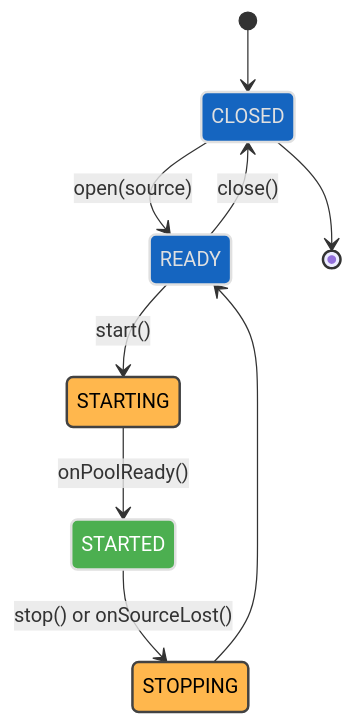
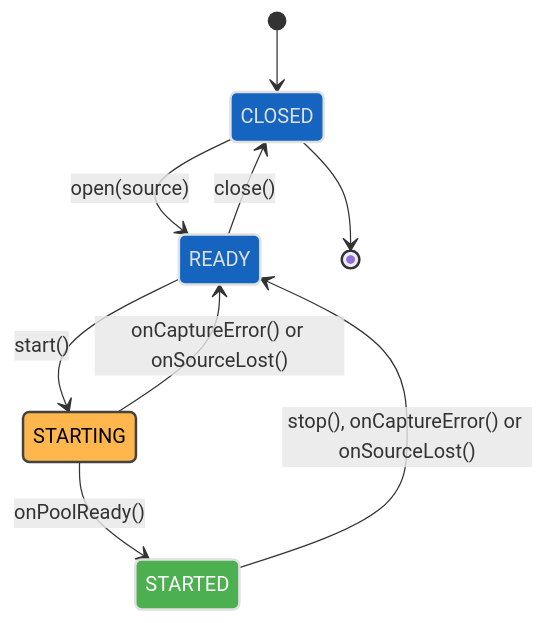
Before and after one commit to rdkcentral/rdk-halif-aidl: the third of 6 diagrams in videocapture/current/docs/videocapture_interface.md, drawn with Mermaid. The commit also changed other lines of this file and 15 other files, not shown here.

````diff
--- a/videocapture/current/docs/videocapture_interface.md
+++ b/videocapture/current/docs/videocapture_interface.md
@@ -250,19 +255,19 @@
 ```mermaid
 stateDiagram-v2
     [*] --> CLOSED
     CLOSED --> READY: open(source)
     READY --> STARTING: start()
     STARTING --> STARTED: onPoolReady()
-    STARTED --> STOPPING: stop() or onSourceLost()
-    STOPPING --> READY
+    STARTING --> READY: onCaptureError() or onSourceLost()
+    STARTED --> READY: stop(), onCaptureError() or onSourceLost()
     READY --> CLOSED: close()
     CLOSED --> [*]
 
     classDef settled  fill:#1565C0,stroke:#E0E0E0,stroke-width:2px,color:#E0E0E0;
     classDef transient fill:#FFB74D,stroke:#424242,stroke-width:2px,color:#000000;
     classDef running  fill:#4CAF50,stroke:#E0E0E0,stroke-width:2px,color:#FFFFFF;
 
     class CLOSED,READY settled
-    class STARTING,STOPPING transient
+    class STARTING transient
     class STARTED running
 ```
````
